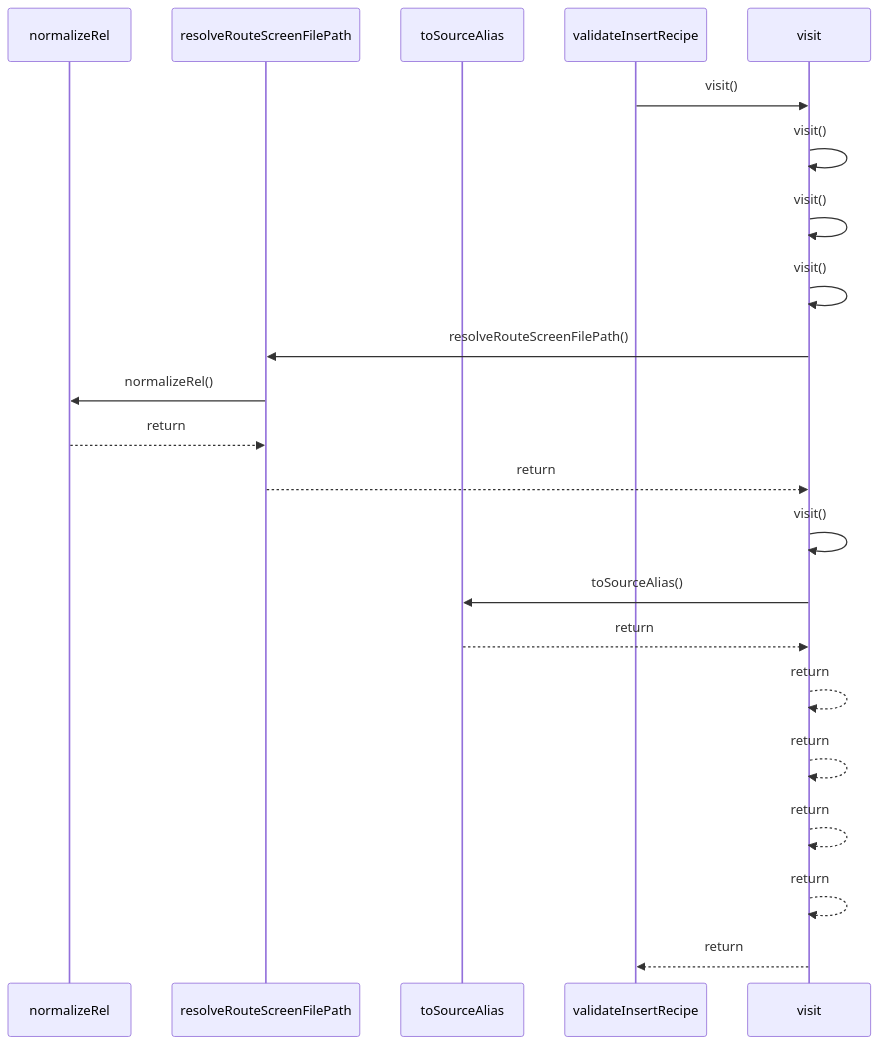
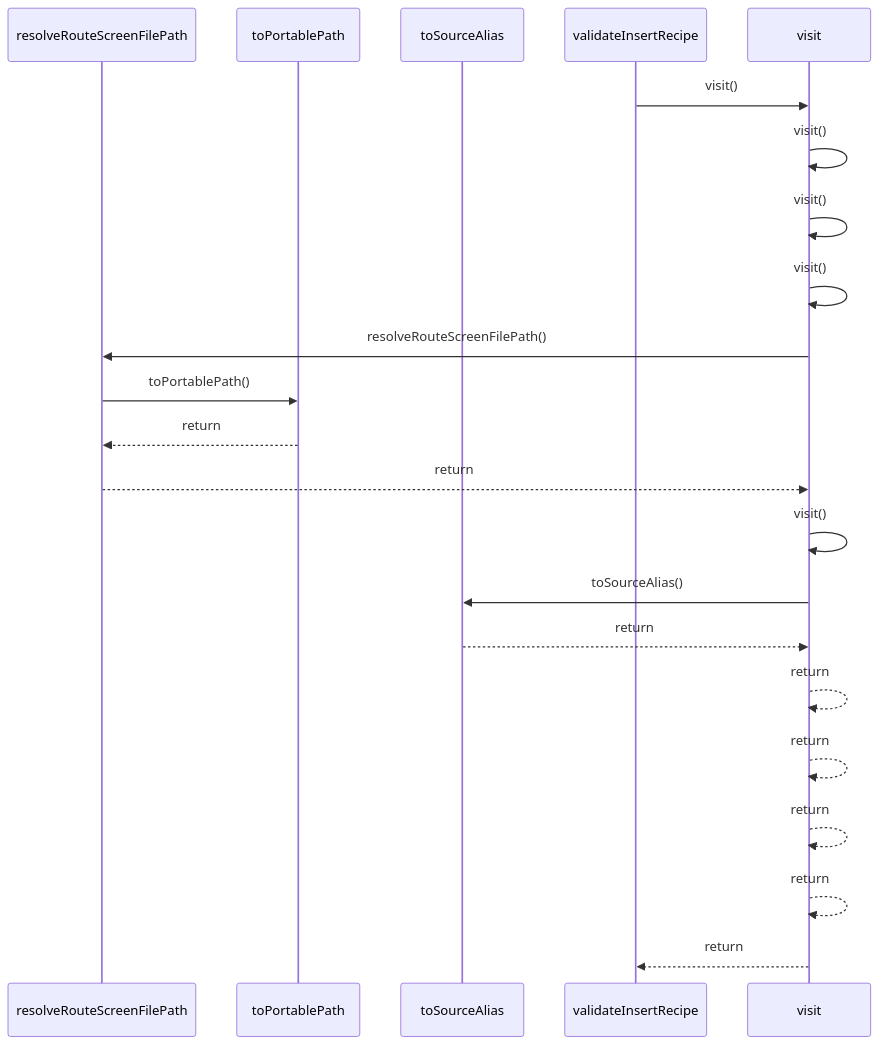
One commit to ankhorage/studio changed the diagram in paradox/diagrams/sequences/validate-insert-recipe.mmd. Above: the diagram before and after it, drawn with Mermaid. The commit also changed 57 other files, not shown here.

```diff
--- a/paradox/diagrams/sequences/validate-insert-recipe.mmd
+++ b/paradox/diagrams/sequences/validate-insert-recipe.mmd
@@ -1,22 +1,22 @@
 sequenceDiagram
-  participant participant_normalizeRel as normalizeRel
   participant participant_resolveRouteScreenFilePath as resolveRouteScreenFilePath
+  participant participant_toPortablePath as toPortablePath
   participant participant_toSourceAlias as toSourceAlias
   participant participant_validateInsertRecipe as validateInsertRecipe
   participant participant_visit as visit
   participant_validateInsertRecipe->>participant_visit: visit()
   participant_visit->>participant_visit: visit()
   participant_visit->>participant_visit: visit()
   participant_visit->>participant_visit: visit()
   participant_visit->>participant_resolveRouteScreenFilePath: resolveRouteScreenFilePath()
-  participant_resolveRouteScreenFilePath->>participant_normalizeRel: normalizeRel()
-  participant_normalizeRel-->>participant_resolveRouteScreenFilePath: return
+  participant_resolveRouteScreenFilePath->>participant_toPortablePath: toPortablePath()
+  participant_toPortablePath-->>participant_resolveRouteScreenFilePath: return
   participant_resolveRouteScreenFilePath-->>participant_visit: return
   participant_visit->>participant_visit: visit()
   participant_visit->>participant_toSourceAlias: toSourceAlias()
   participant_toSourceAlias-->>participant_visit: return
   participant_visit-->>participant_visit: return
   participant_visit-->>participant_visit: return
   participant_visit-->>participant_visit: return
   participant_visit-->>participant_visit: return
   participant_visit-->>participant_validateInsertRecipe: return
```
